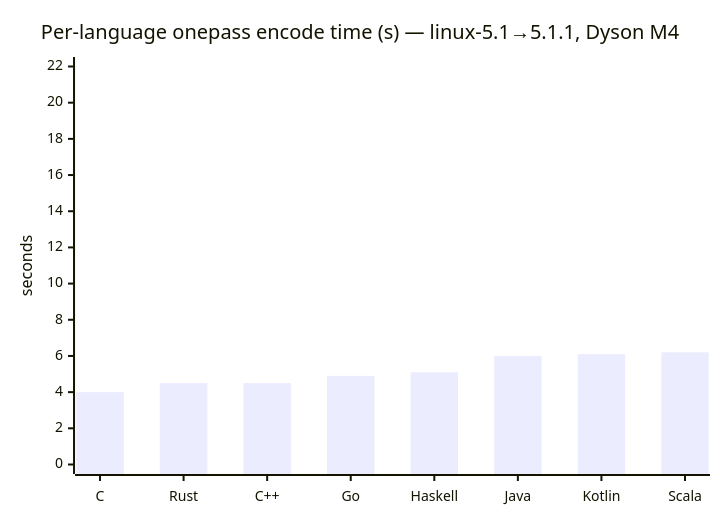
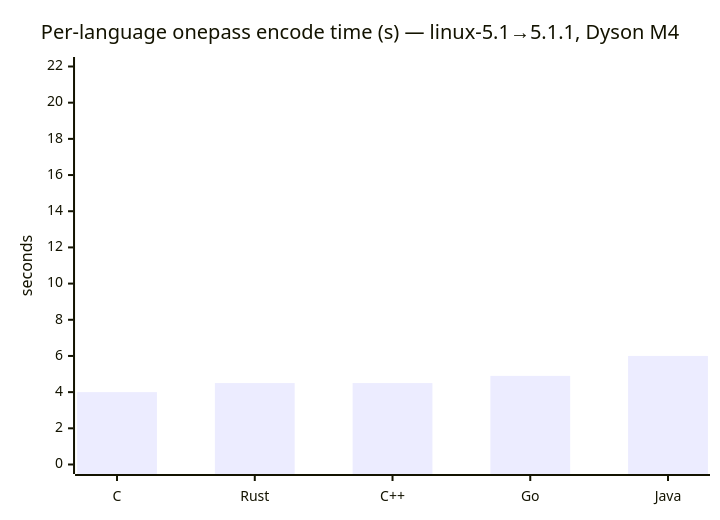
Before and after one commit to darrelllong/Delta-Compression: the first of 10 diagrams in ANALYSIS.md, drawn with Mermaid. The commit also changed other lines of this file and 6 other files, not shown here.

First line of the commit message:
Benchmarks: remove Haskell, Kotlin and Scala

````diff
--- a/ANALYSIS.md
+++ b/ANALYSIS.md
@@ -414,7 +399,7 @@
 ```mermaid
 xychart-beta
     title "Per-language onepass encode time (s) — linux-5.1→5.1.1, Dyson M4"
-    x-axis ["C", "Rust", "C++", "Go", "Haskell", "Java", "Kotlin", "Scala"]
+    x-axis ["C", "Rust", "C++", "Go", "Java"]
     y-axis "seconds" 0 --> 22
-    bar [4.0, 4.5, 4.5, 4.9, 5.1, 6.0, 6.1, 6.2]
+    bar [4.0, 4.5, 4.5, 4.9, 6.0]
 ```
````
